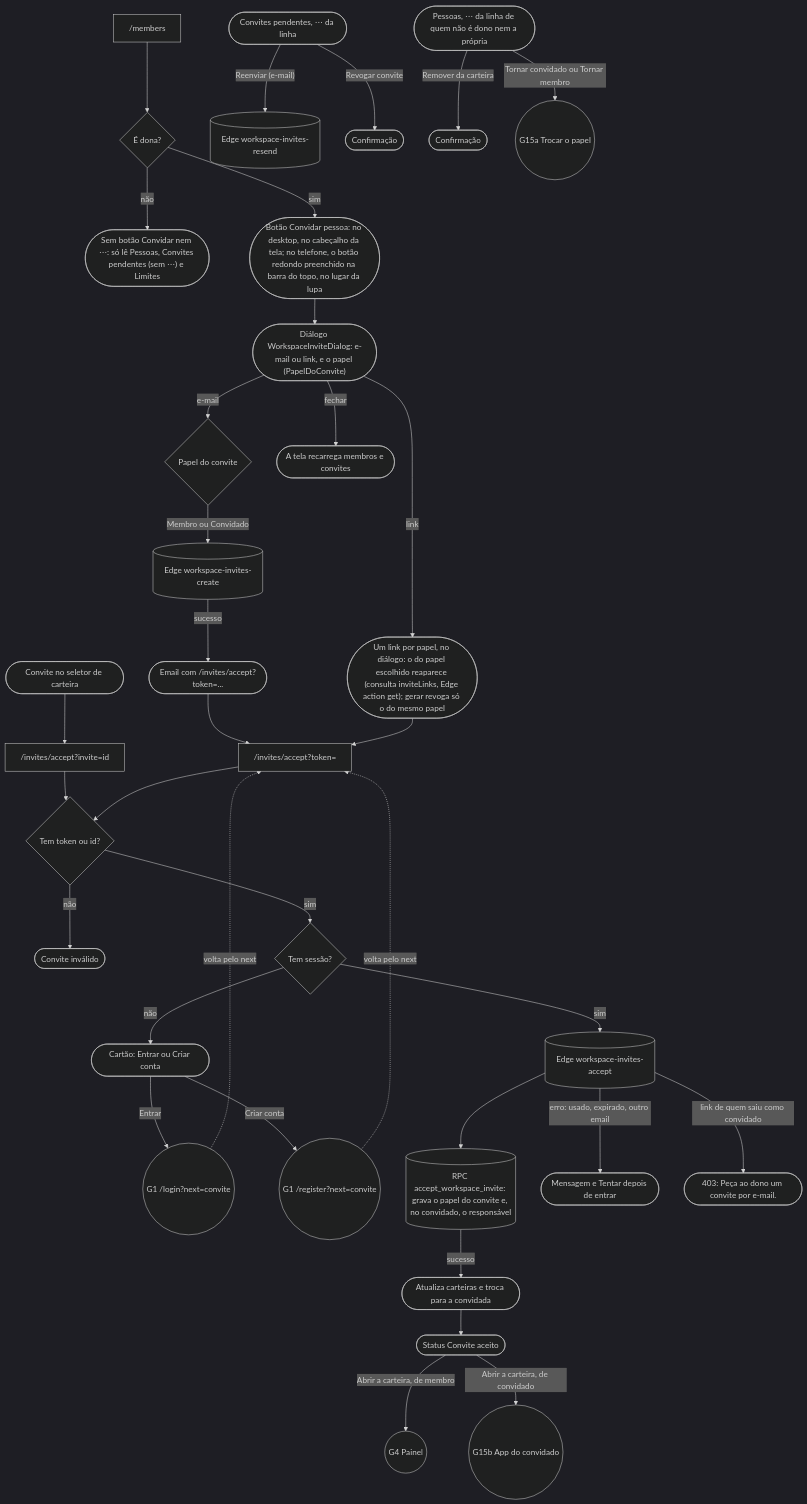
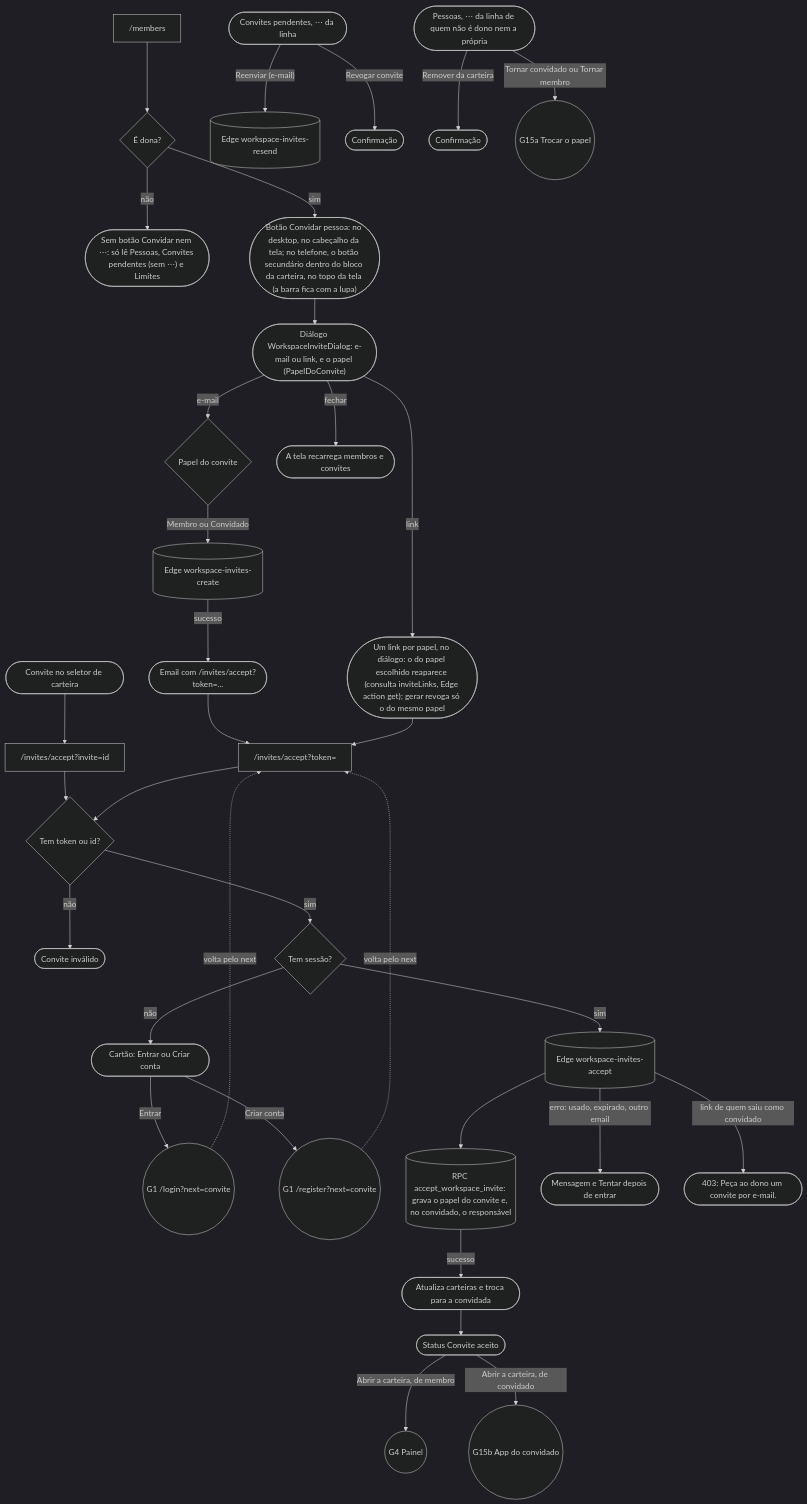
One commit to kauax2000/finance_app changed the fifth of 32 diagrams in docs/JORNADAS.md. Above: the diagram before and after it, drawn with Mermaid. The commit also changed other lines of this file and 10 other files, not shown here.

Commit message:
feat(membros): no telefone, a carteira centrada com Convidar e a lupa de volta

````diff
--- a/docs/JORNADAS.md
+++ b/docs/JORNADAS.md
@@ -350,38 +350,38 @@
 ```mermaid
 %%{init: {"theme": "dark"}}%%
 flowchart TD
     members["/members"] --> isOwner{"É dona?"}
     isOwner -->|"não"| readonly(["Sem botão Convidar nem ⋯: só lê Pessoas, Convites pendentes (sem ⋯) e Limites"])
-    isOwner -->|"sim"| actions(["Botão Convidar pessoa: no desktop, no cabeçalho da tela; no telefone, o botão redondo preenchido na barra do topo, no lugar da lupa"])
+    isOwner -->|"sim"| actions(["Botão Convidar pessoa: no desktop, no cabeçalho da tela; no telefone, o botão secundário dentro do bloco da carteira, no topo da tela (a barra fica com a lupa)"])
     actions --> dlg(["Diálogo WorkspaceInviteDialog: e-mail ou link, e o papel (PapelDoConvite)"])
     dlg -->|"e-mail"| papel{"Papel do convite"}
     papel -->|"Membro ou Convidado"| create[("Edge workspace-invites-create")]
     create -->|"sucesso"| mail(["Email com /invites/accept?token=..."])
     dlg -->|"link"| link(["Um link por papel, no diálogo: o do papel escolhido reaparece (consulta inviteLinks, Edge action get); gerar revoga só o do mesmo papel"])
     dlg -->|"fechar"| recarrega(["A tela recarrega membros e convites"])
     pend(["Convites pendentes, ⋯ da linha"]) -->|"Reenviar (e-mail)"| resend[("Edge workspace-invites-resend")]
     pend -->|"Revogar convite"| revoke(["Confirmação"])
     pessoas(["Pessoas, ⋯ da linha de quem não é dono nem a própria"]) -->|"Remover da carteira"| remove(["Confirmação"])
     pessoas -->|"Tornar convidado ou Tornar membro"| G15a(("G15a Trocar o papel"))
 
     mail --> acceptPage["/invites/accept?token="]
     link --> acceptPage
     picker(["Convite no seletor de carteira"]) --> acceptById["/invites/accept?invite=id"]
     acceptById --> hasToken
     acceptPage --> hasToken{"Tem token ou id?"}
     hasToken -->|"não"| invalid(["Convite inválido"])
     hasToken -->|"sim"| logged{"Tem sessão?"}
     logged -->|"não"| gate(["Cartão: Entrar ou Criar conta"])
     gate -->|"Entrar"| login(("G1 /login?next=convite"))
     gate -->|"Criar conta"| register(("G1 /register?next=convite"))
     login -.->|"volta pelo next"| acceptPage
     register -.->|"volta pelo next"| acceptPage
     logged -->|"sim"| acceptFn[("Edge workspace-invites-accept")]
     acceptFn --> grava[("RPC accept_workspace_invite: grava o papel do convite e, no convidado, o responsável")]
     acceptFn -->|"erro: usado, expirado, outro email"| fail(["Mensagem e Tentar depois de entrar"])
     acceptFn -->|"link de quem saiu como convidado"| exConv(["403: Peça ao dono um convite por e-mail."])
     grava -->|"sucesso"| switched(["Atualiza carteiras e troca para a convidada"])
     switched --> accepted(["Status Convite aceito"])
     accepted -->|"Abrir a carteira, de membro"| dash(("G4 Painel"))
     accepted -->|"Abrir a carteira, de convidado"| guest(("G15b App do convidado"))
 ```
````
